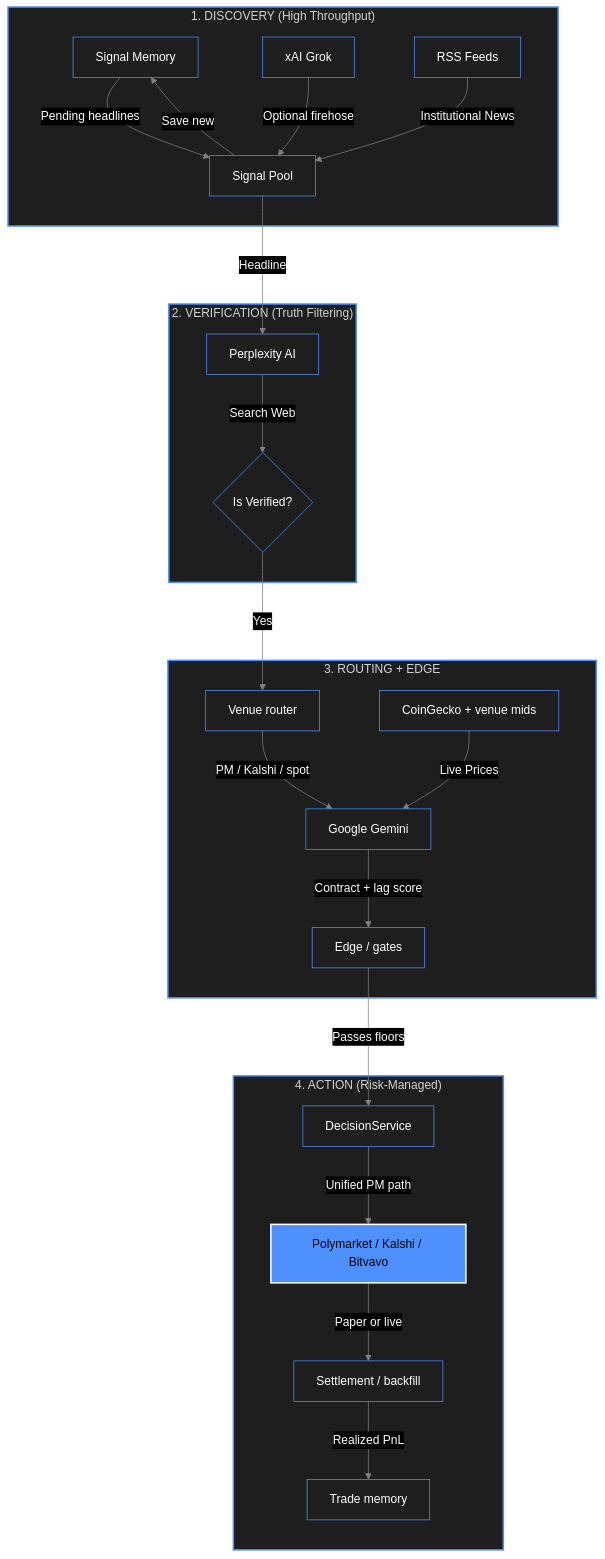
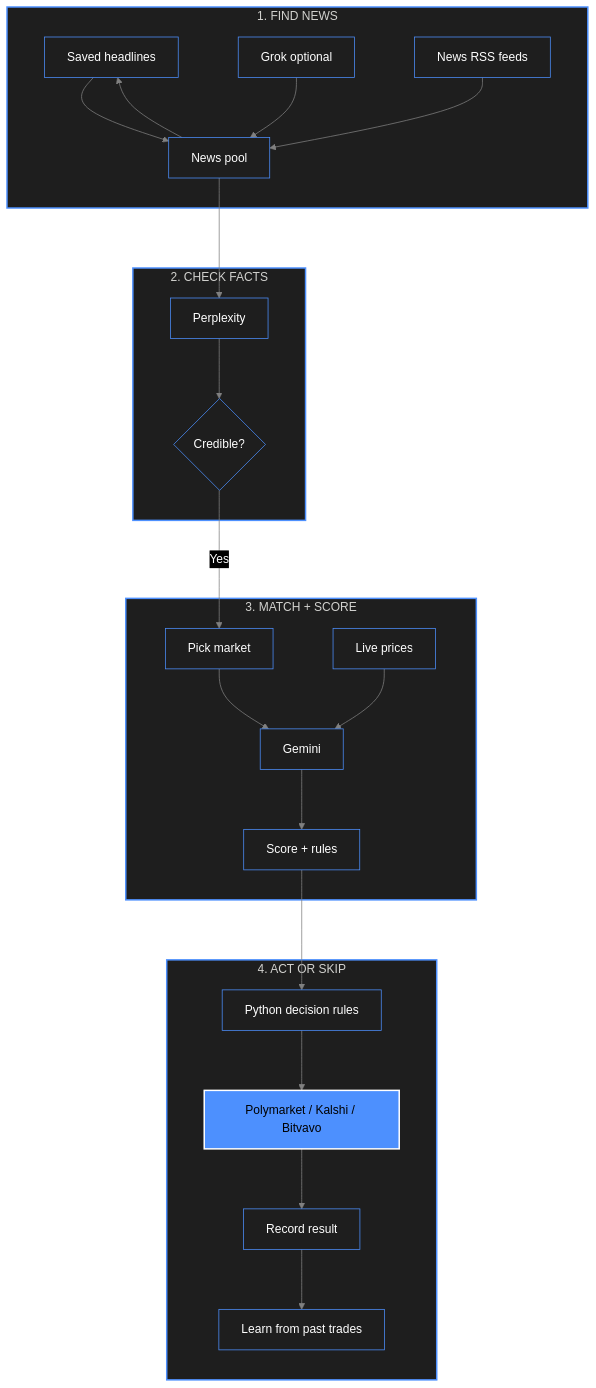
Before and after one commit to victorvos/cv-portfolio: the diagram in projects/systemic-lag-trader.md, drawn with Mermaid. The commit also changed other lines of this file and 1 other file, not shown here.

First line of the commit message:
Simplify Systemic Lag Trader CV copy for recruiters. (#1)

````diff
--- a/projects/systemic-lag-trader.md
+++ b/projects/systemic-lag-trader.md
@@ -28,35 +29,35 @@
 ```mermaid
 %%{init: {'theme': 'base', 'flowchart': {'nodeSpacing': 80, 'rankSpacing': 80, 'curve': 'basis'}, 'themeVariables': {'darkMode': true, 'background': '#121212', 'primaryColor': '#1e1e1e', 'primaryTextColor': '#ffffff', 'primaryBorderColor': '#4d90fe', 'secondaryColor': '#252526', 'tertiaryColor': '#2d2d30', 'lineColor': '#808080', 'textColor': '#ffffff', 'clusterBkg': '#1e1e1e', 'clusterBorder': '#4d90fe', 'nodeTextColor': '#ffffff', 'fontFamily': 'Segoe UI, sans-serif'}}}%%
 flowchart TD
-    subgraph Discovery ["1. DISCOVERY (High Throughput)"]
-        SM[Signal Memory] -- "Pending headlines" --> S[Signal Pool]
-        G[xAI Grok] -- "Optional firehose" --> S
-        R[RSS Feeds] -- "Institutional News" --> S
-        S -- "Save new" --> SM
+    subgraph Discovery ["1. FIND NEWS"]
+        SM[Saved headlines] --> S[News pool]
+        G[Grok optional] --> S
+        R[News RSS feeds] --> S
+        S --> SM
     end
 
-    subgraph Verification ["2. VERIFICATION (Truth Filtering)"]
-        S -- "Headline" --> P[Perplexity AI]
-        P -- "Search Web" --> V{Is Verified?}
+    subgraph Verification ["2. CHECK FACTS"]
+        S --> P[Perplexity]
+        P --> V{Credible?}
     end
 
-    subgraph Analysis ["3. ROUTING + EDGE"]
-        V -- "Yes" --> RT[Venue router]
-        RT -- "PM / Kalshi / spot" --> GM[Google Gemini]
-        C[CoinGecko + venue mids] -- "Live Prices" --> GM
-        GM -- "Contract + lag score" --> E[Edge / gates]
+    subgraph Analysis ["3. MATCH + SCORE"]
+        V -- Yes --> RT[Pick market]
+        RT --> GM[Gemini]
+        C[Live prices] --> GM
+        GM --> E[Score + rules]
     end
 
-    subgraph Execution ["4. ACTION (Risk-Managed)"]
-        E -- "Passes floors" --> DS[DecisionService]
-        DS -- "Unified PM path" --> VN[Polymarket / Kalshi / Bitvavo]
-        VN -- "Paper or live" --> BK[Settlement / backfill]
-        BK -- "Realized PnL" --> MEM[Trade memory]
+    subgraph Execution ["4. ACT OR SKIP"]
+        E --> DS[Python decision rules]
+        DS --> VN[Polymarket / Kalshi / Bitvavo]
+        VN --> BK[Record result]
+        BK --> MEM[Learn from past trades]
     end
 
     style Discovery fill:#1e1e1e,stroke:#4d90fe,stroke-width:2px
     style Verification fill:#1e1e1e,stroke:#4d90fe,stroke-width:2px
     style Analysis fill:#1e1e1e,stroke:#4d90fe,stroke-width:2px
     style Execution fill:#1e1e1e,stroke:#4d90fe,stroke-width:2px
     style VN fill:#4d90fe,stroke:#ffffff,stroke-width:2px,color:#000
 ```
````
